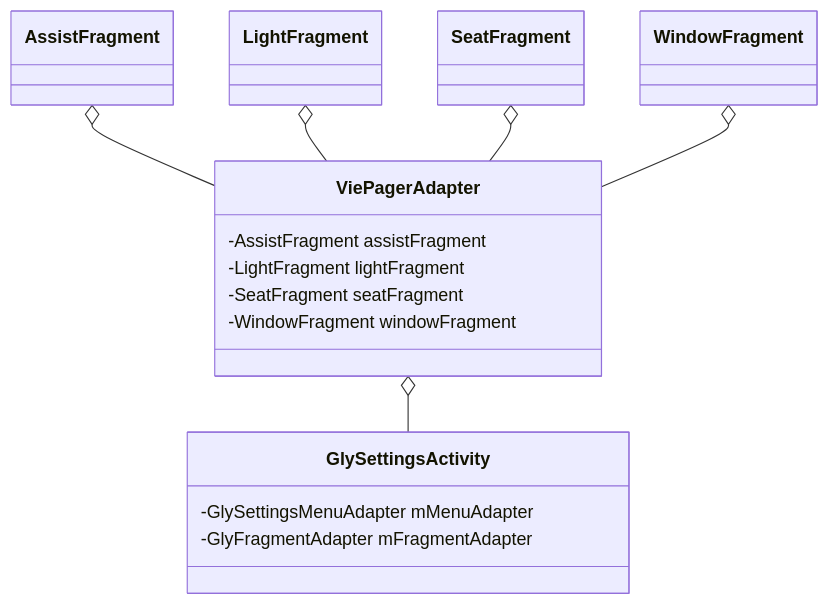
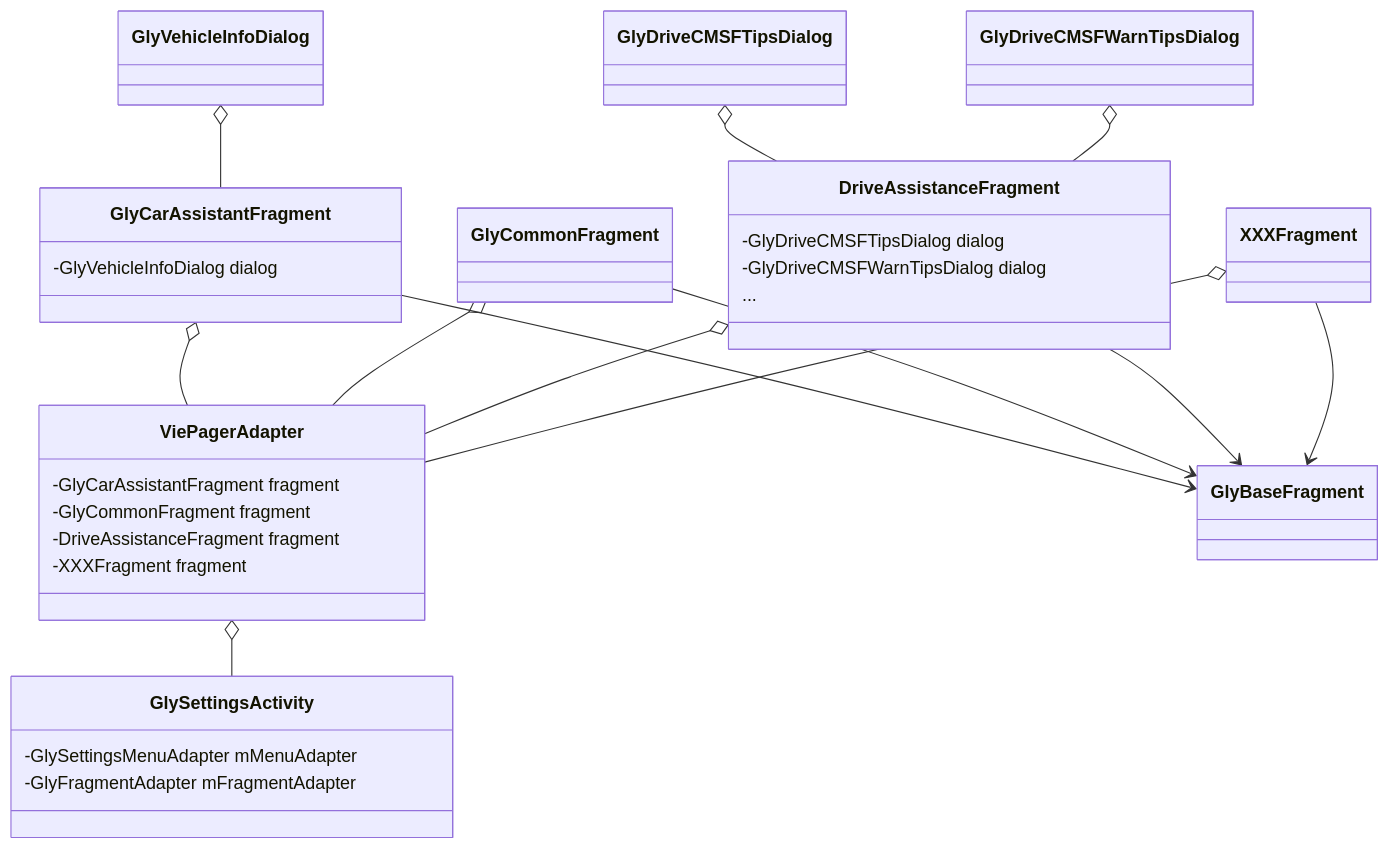
Before and after one commit to AbyssWXK/ObsidianNote: the diagram in First/UML/OneOSSettings/UML.md, drawn with Mermaid. The commit also changed 1 other file, not shown here.

Commit message:
vault backup: 2023-12-26 14:42:21

````diff
--- a/First/UML/OneOSSettings/UML.md
+++ b/First/UML/OneOSSettings/UML.md
@@ -1,22 +1,39 @@
 ```mermaid
 classDiagram
 class GlySettingsActivity{
     -GlySettingsMenuAdapter mMenuAdapter
     -GlyFragmentAdapter mFragmentAdapter
 }
 class ViePagerAdapter{
--AssistFragment assistFragment
--LightFragment lightFragment
--SeatFragment seatFragment
--WindowFragment windowFragment
+-GlyCarAssistantFragment fragment
+-GlyCommonFragment fragment
+-DriveAssistanceFragment fragment
+-XXXFragment fragment
 }
-class AssistFragment
-AssistFragment o-- ViePagerAdapter
-class LightFragment
-LightFragment o-- ViePagerAdapter
-class SeatFragment
-SeatFragment o-- ViePagerAdapter
-class WindowFragment
-WindowFragment o-- ViePagerAdapter
+class GlyBaseFragment
+class GlyCarAssistantFragment{
+ -GlyVehicleInfoDialog dialog
+}
+class GlyVehicleInfoDialog
+GlyVehicleInfoDialog o-- GlyCarAssistantFragment
+GlyCarAssistantFragment o-- ViePagerAdapter
+class GlyCommonFragment
+GlyCommonFragment o-- ViePagerAdapter
+class DriveAssistanceFragment{
+ -GlyDriveCMSFTipsDialog dialog 
+ -GlyDriveCMSFWarnTipsDialog dialog 
+ ...
+}
+class GlyDriveCMSFTipsDialog
+GlyDriveCMSFTipsDialog o-- DriveAssistanceFragment
+class GlyDriveCMSFWarnTipsDialog
+GlyDriveCMSFWarnTipsDialog o-- DriveAssistanceFragment
+DriveAssistanceFragment o-- ViePagerAdapter
+class XXXFragment
+XXXFragment o-- ViePagerAdapter
+GlyCarAssistantFragment --> GlyBaseFragment
+GlyCommonFragment --> GlyBaseFragment
+DriveAssistanceFragment --> GlyBaseFragment
+XXXFragment --> GlyBaseFragment
 ViePagerAdapter o-- GlySettingsActivity
 ```
````
